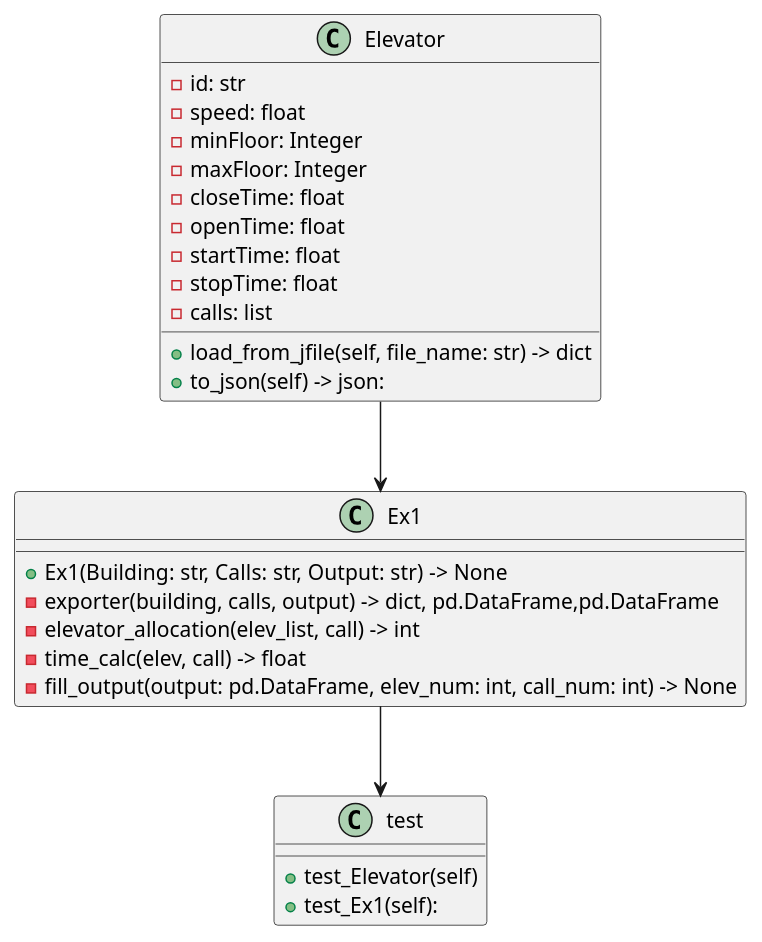
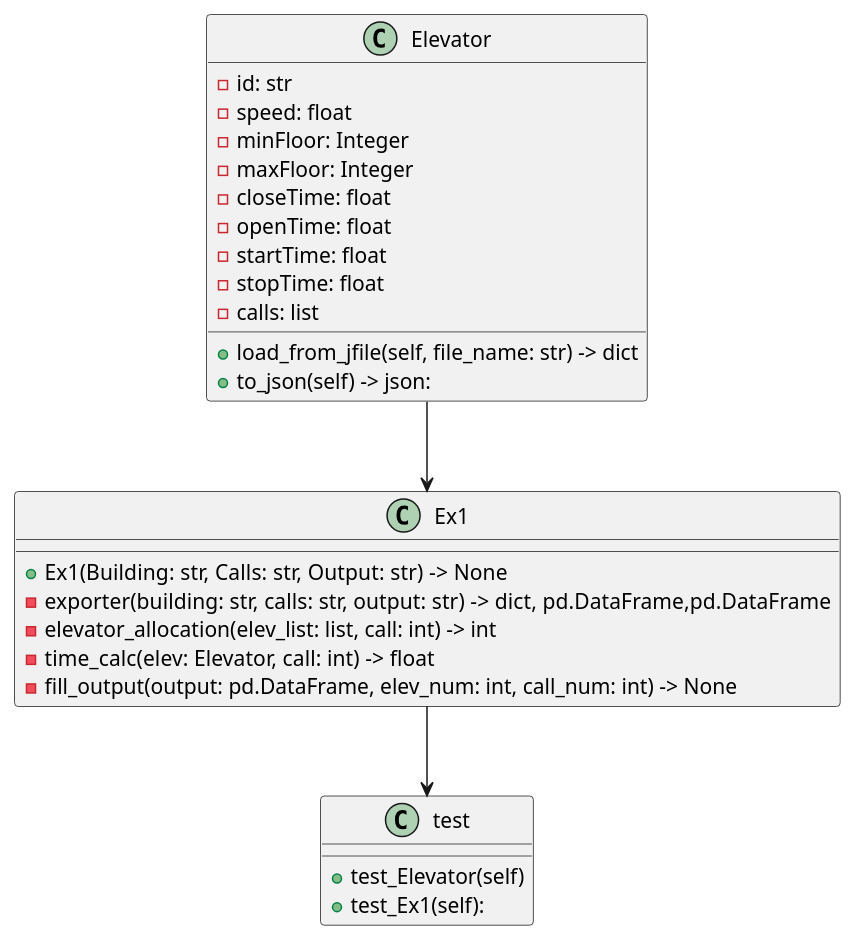
One commit to haimgoldfisher/OOP_ex1 changed the diagram in UML.puml. Above: the diagram before and after it, drawn with PlantUML. The commit also changed 2 other files, not shown here.

Commit message:
comments & UML

```diff
--- a/UML.puml
+++ b/UML.puml
@@ -1,37 +1,37 @@
 @startuml
 
 class Elevator
 {
     - id: str
     - speed: float
     - minFloor: Integer
     - maxFloor: Integer
     - closeTime: float
     - openTime: float
     - startTime: float
     - stopTime: float
     - calls: list
     + load_from_jfile(self, file_name: str) -> dict
     + to_json(self) -> json:
 }
 
 class Ex1
 {
     + Ex1(Building: str, Calls: str, Output: str) -> None
-    - exporter(building, calls, output) -> dict, pd.DataFrame,pd.DataFrame
-    - elevator_allocation(elev_list, call) -> int
-    - time_calc(elev, call) -> float
+    - exporter(building: str, calls: str, output: str) -> dict, pd.DataFrame,pd.DataFrame
+    - elevator_allocation(elev_list: list, call: int) -> int
+    - time_calc(elev: Elevator, call: int) -> float
     - fill_output(output: pd.DataFrame, elev_num: int, call_num: int) -> None
 
 }
 
 class test
 {
     + test_Elevator(self)
     + test_Ex1(self):
 }
 
 Elevator --> Ex1
 Ex1 --> test
 
 @enduml
```
